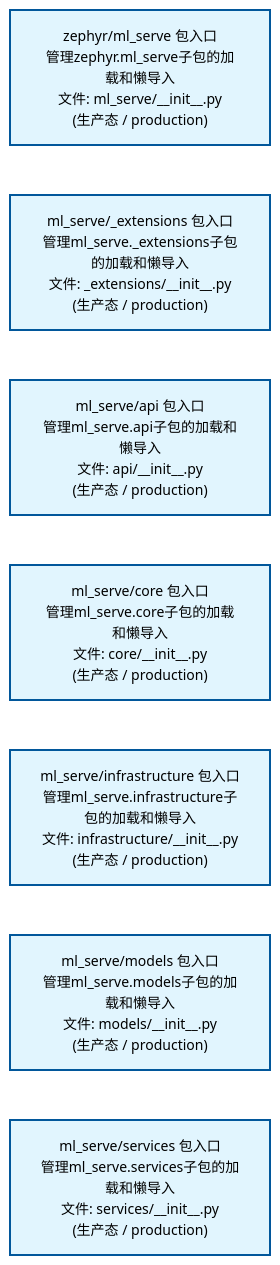
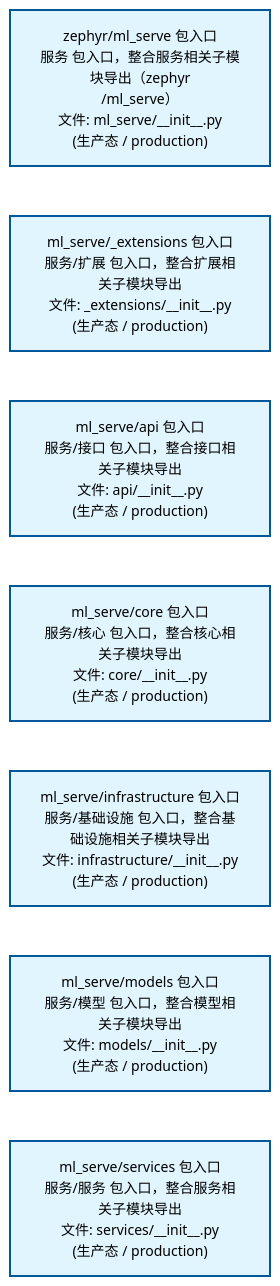
One commit to xuanFelixVan/ZephyrAlpha changed the second of 2 diagrams in docs/02_enterprise_architecture/02_domain_architecture_docs/60_d_ml_serve.md. Above: the diagram before and after it, drawn with Mermaid. The commit also changed other lines of this file and 50 other files, not shown here.

````diff
--- a/docs/02_enterprise_architecture/02_domain_architecture_docs/60_d_ml_serve.md
+++ b/docs/02_enterprise_architecture/02_domain_architecture_docs/60_d_ml_serve.md
@@ -80,22 +80,22 @@
 ```mermaid
 %%{init: {'theme': 'base', 'themeVariables': {'primaryColor': '#eaeaea', 'primaryTextColor': '#333333', 'primaryBorderColor': '#666666', 'lineColor': '#666666', 'secondaryColor': '#eaeaea', 'tertiaryColor': '#eaeaea', 'fontSize': '14px'}}}%%
 flowchart TD
-    src_zephyr_ml_serve_init_py["zephyr/ml_serve 包入口<br/>管理zephyr.ml_serve子包的加载和懒导入<br/>文件: ml_serve/__init__.py<br/>(生产态 / production)"]
-    src_zephyr_ml_serve_extensions_init_py["ml_serve/_extensions 包入口<br/>管理ml_serve._extensions子包的加载和懒导入<br/>文件: _extensions/__init__.py<br/>(生产态 / production)"]
-    src_zephyr_ml_serve_api_init_py["ml_serve/api 包入口<br/>管理ml_serve.api子包的加载和懒导入<br/>文件: api/__init__.py<br/>(生产态 / production)"]
-    src_zephyr_ml_serve_core_init_py["ml_serve/core 包入口<br/>管理ml_serve.core子包的加载和懒导入<br/>文件: core/__init__.py<br/>(生产态 / production)"]
-    src_zephyr_ml_serve_infrastructure_init_py["ml_serve/infrastructure 包入口<br/>管理ml_serve.infrastructure子包的加载和懒导入<br/>文件: infrastructure/__init__.py<br/>(生产态 / production)"]
-    src_zephyr_ml_serve_models_init_py["ml_serve/models 包入口<br/>管理ml_serve.models子包的加载和懒导入<br/>文件: models/__init__.py<br/>(生产态 / production)"]
-    src_zephyr_ml_serve_services_init_py["ml_serve/services 包入口<br/>管理ml_serve.services子包的加载和懒导入<br/>文件: services/__init__.py<br/>(生产态 / production)"]
+    src_zephyr_ml_serve_init_py["zephyr/ml_serve 包入口<br/>服务 包入口，整合服务相关子模块导出（zephyr<br/>/ml_serve）<br/>文件: ml_serve/__init__.py<br/>(生产态 / production)"]
+    src_zephyr_ml_serve_extensions_init_py["ml_serve/_extensions 包入口<br/>服务/扩展 包入口，整合扩展相关子模块导出<br/>文件: _extensions/__init__.py<br/>(生产态 / production)"]
+    src_zephyr_ml_serve_api_init_py["ml_serve/api 包入口<br/>服务/接口 包入口，整合接口相关子模块导出<br/>文件: api/__init__.py<br/>(生产态 / production)"]
+    src_zephyr_ml_serve_core_init_py["ml_serve/core 包入口<br/>服务/核心 包入口，整合核心相关子模块导出<br/>文件: core/__init__.py<br/>(生产态 / production)"]
+    src_zephyr_ml_serve_infrastructure_init_py["ml_serve/infrastructure 包入口<br/>服务/基础设施 包入口，整合基础设施相关子模块导出<br/>文件: infrastructure/__init__.py<br/>(生产态 / production)"]
+    src_zephyr_ml_serve_models_init_py["ml_serve/models 包入口<br/>服务/模型 包入口，整合模型相关子模块导出<br/>文件: models/__init__.py<br/>(生产态 / production)"]
+    src_zephyr_ml_serve_services_init_py["ml_serve/services 包入口<br/>服务/服务 包入口，整合服务相关子模块导出<br/>文件: services/__init__.py<br/>(生产态 / production)"]
     src_zephyr_ml_serve_init_py ~~~ src_zephyr_ml_serve_extensions_init_py
     src_zephyr_ml_serve_extensions_init_py ~~~ src_zephyr_ml_serve_api_init_py
     src_zephyr_ml_serve_api_init_py ~~~ src_zephyr_ml_serve_core_init_py
     src_zephyr_ml_serve_core_init_py ~~~ src_zephyr_ml_serve_infrastructure_init_py
     src_zephyr_ml_serve_infrastructure_init_py ~~~ src_zephyr_ml_serve_models_init_py
     src_zephyr_ml_serve_models_init_py ~~~ src_zephyr_ml_serve_services_init_py
     classDef production fill:#e1f5fe,stroke:#01579b,stroke-width:2px,color:#000
     classDef design fill:#fff3e0,stroke:#e65100,stroke-width:2px,color:#000,stroke-dasharray: 5 5
     classDef external_prod fill:#e8f4fd,stroke:#0277bd,stroke-width:1px,color:#000
     classDef external_design fill:#fff8e7,stroke:#ef6c00,stroke-width:1px,color:#000,stroke-dasharray: 5 5
     class src_zephyr_ml_serve_init_py,src_zephyr_ml_serve_extensions_init_py,src_zephyr_ml_serve_api_init_py,src_zephyr_ml_serve_core_init_py,src_zephyr_ml_serve_infrastructure_init_py,src_zephyr_ml_serve_models_init_py,src_zephyr_ml_serve_services_init_py production
 ```
````
